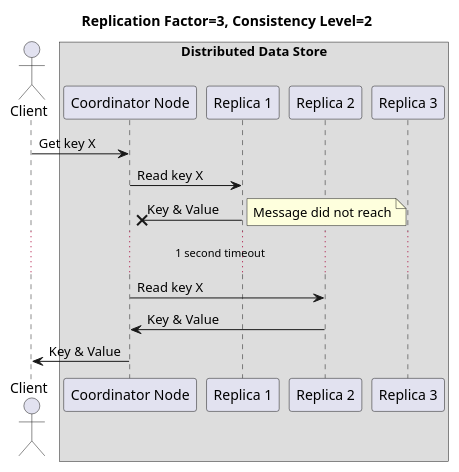
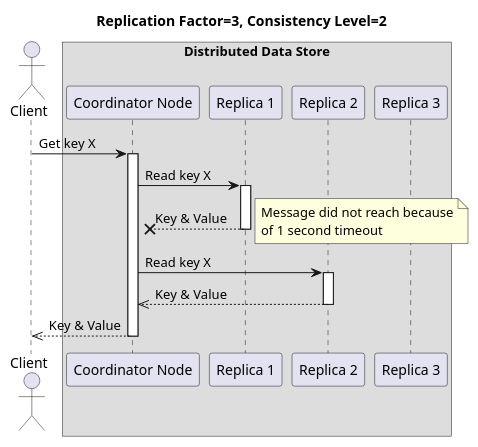
Before and after one commit to EliriaT/distributed-store: the diagram in diagrams/sequence5.puml, drawn with PlantUML. The commit also changed 17 other files, not shown here.

Commit message:
Update diagrams..

```diff
--- a/diagrams/sequence5.puml
+++ b/diagrams/sequence5.puml
@@ -1,24 +1,33 @@
 @startuml
 
 title Replication Factor=3, Consistency Level=2
 
 actor Client as C
 box "Distributed Data Store"
 participant "Coordinator Node" as CN
 participant "Replica 1" as N1
 participant "Replica 2" as N2
 participant "Replica 3" as N3
 end box
 
 
 C -> CN : Get key X
+activate CN
 CN -> N1 : Read key X
-N1 ->x CN : Key & Value
-note right: Message did not reach
-...1 second timeout...
+activate N1
+N1 -->>x CN : Key & Value
+deactivate N1
+
+note right
+Message did not reach because
+of 1 second timeout
+end note
+
 CN -> N2 : Read key X
-N2 -> CN : Key & Value
-CN -> C : Key & Value
-
+activate N2
+N2 -->> CN : Key & Value
+deactivate N2
+CN -->> C : Key & Value
+deactivate CN
 
 @enduml
```
